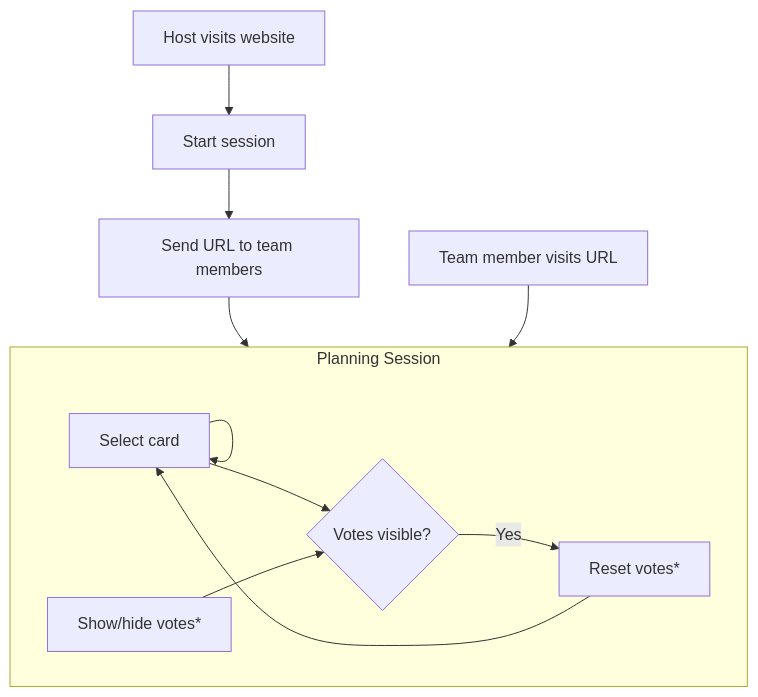
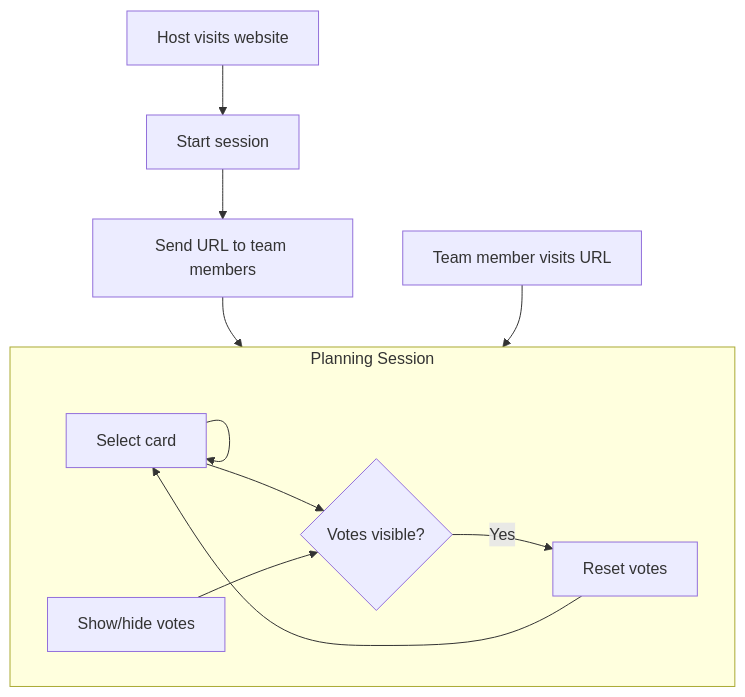
One commit to ably-labs/agile-flush-vue-app changed the diagram in diagrams/functionality.mmd. Above: the diagram before and after it, drawn with Mermaid. The commit also changed 11 other files, not shown here.

Commit message:
Update diagrams

```diff
--- a/diagrams/functionality.mmd
+++ b/diagrams/functionality.mmd
@@ -1,11 +1,11 @@
 flowchart TD
     step1[Host visits website]-->step2
     step2[Start session]-->step3
     step3[Send URL to team members]-->voting
     step4[Team member visits URL]-->voting
     subgraph voting [Planning Session]
         step5[Select card]-->step5 &  step7
-        step6[Show/hide votes*]-->step7
+        step6[Show/hide votes]-->step7
         step7{Votes visible?}--Yes-->step8
-        step8[Reset votes*]-->step5
+        step8[Reset votes]-->step5
     end
```
